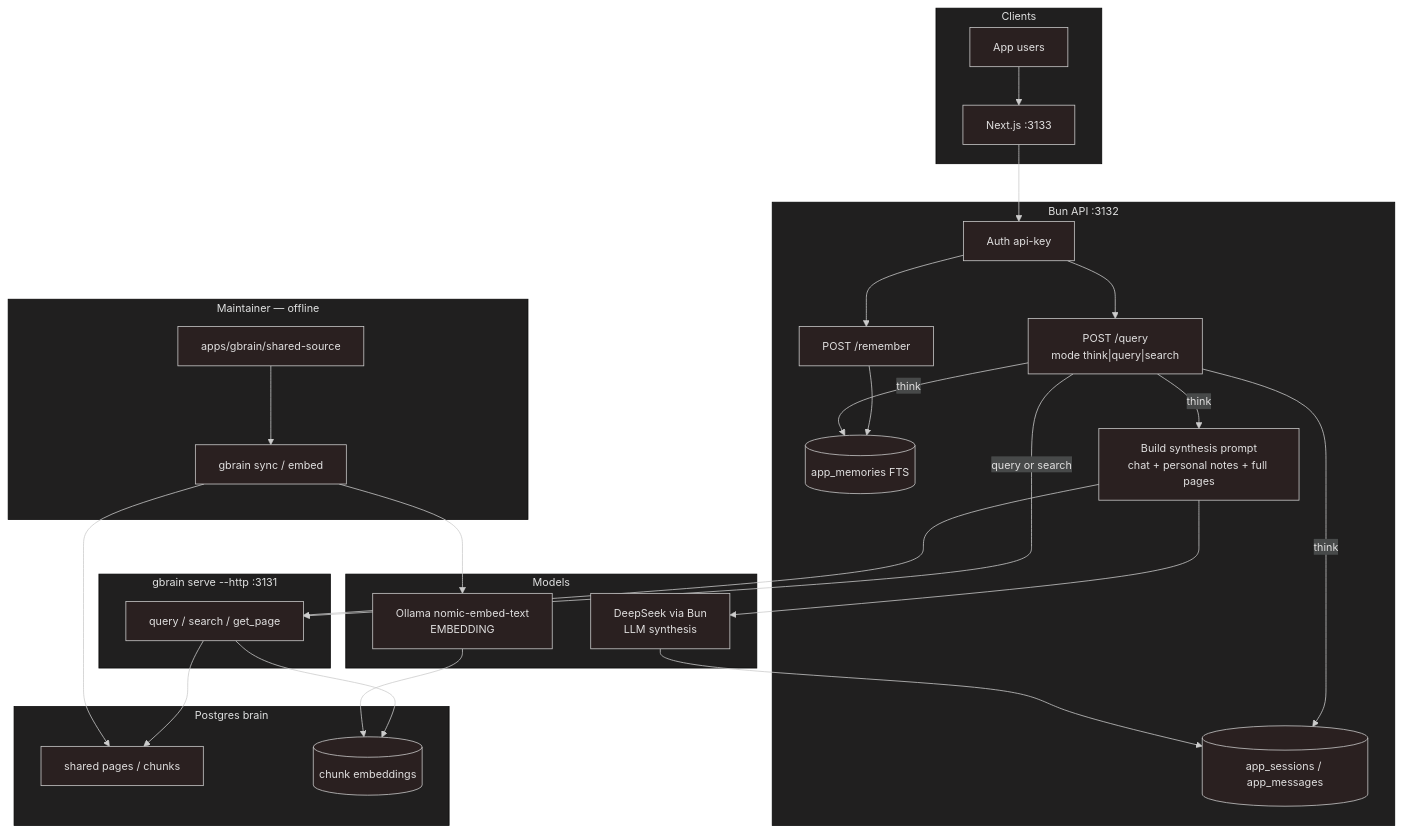
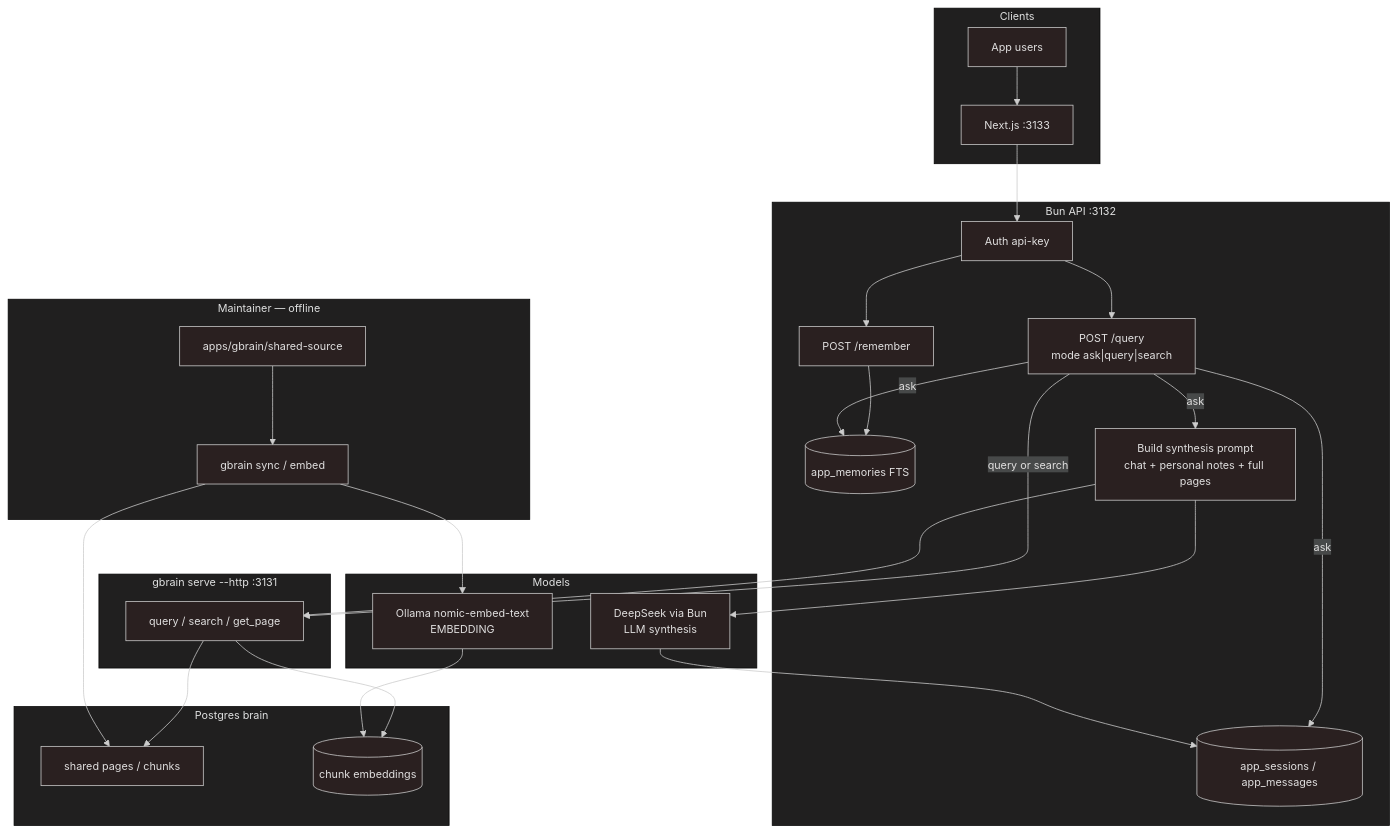
One commit to kyung-lee-official/gbrain-sandbox changed the first of 2 diagrams in README.md. Above: the diagram before and after it, drawn with Mermaid. The commit also changed other lines of this file and 15 other files, not shown here.

Commit message:
chore: transition from think mode to ask mode across the application

````diff
--- a/README.md
+++ b/README.md
@@ -38,58 +38,58 @@
 ```mermaid
 %%{init: {'theme': 'neo-dark'}}%%
 flowchart TB
   subgraph clients [Clients]
     Web[Next.js :3133]
     Lily[App users]
   end
 
   subgraph bun [Bun API :3132]
     Auth[Auth api-key]
     Remember["POST /remember"]
-    Query["POST /query<br/>mode think|query|search"]
+    Query["POST /query<br/>mode ask|query|search"]
     Mem[(app_memories FTS)]
     Chat[(app_sessions / app_messages)]
     Build[Build synthesis prompt<br/>chat + personal notes + full pages]
   end
 
   subgraph maintainer [Maintainer — offline]
     MD[apps/gbrain/shared-source]
     Sync["gbrain sync / embed"]
   end
 
   subgraph gbrain [gbrain serve --http :3131]
     Retrieve[query / search / get_page]
   end
 
   subgraph models [Models]
     Ollama["Ollama nomic-embed-text<br/>EMBEDDING"]
     DeepSeek["DeepSeek via Bun<br/>LLM synthesis"]
   end
 
   subgraph store [Postgres brain]
     Pages[shared pages / chunks]
     Embs[(chunk embeddings)]
   end
 
   Lily --> Web
   Web --> Auth
   Auth --> Remember
   Auth --> Query
 
   Remember --> Mem
 
-  Query -->|think| Chat
-  Query -->|think| Mem
-  Query -->|think| Build
+  Query -->|ask| Chat
+  Query -->|ask| Mem
+  Query -->|ask| Build
   Query -->|query or search| Retrieve
   Build --> Retrieve
   Retrieve --> Pages
   Retrieve --> Embs
   Build --> DeepSeek
   DeepSeek --> Chat
 
   MD --> Sync
   Sync --> Pages
   Sync --> Ollama
   Ollama --> Embs
 ```
````
